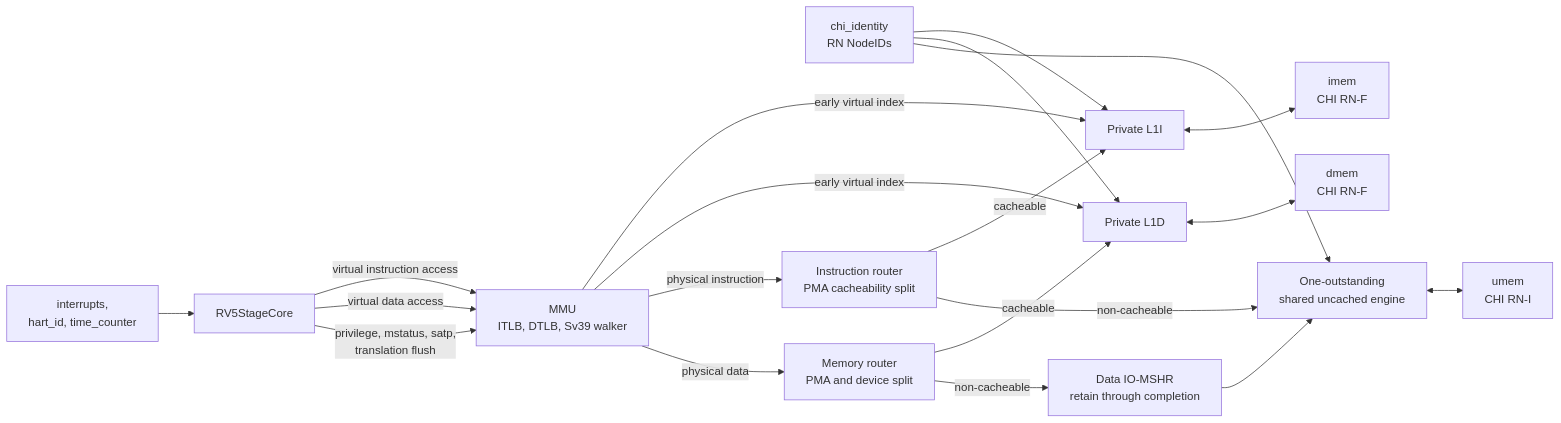
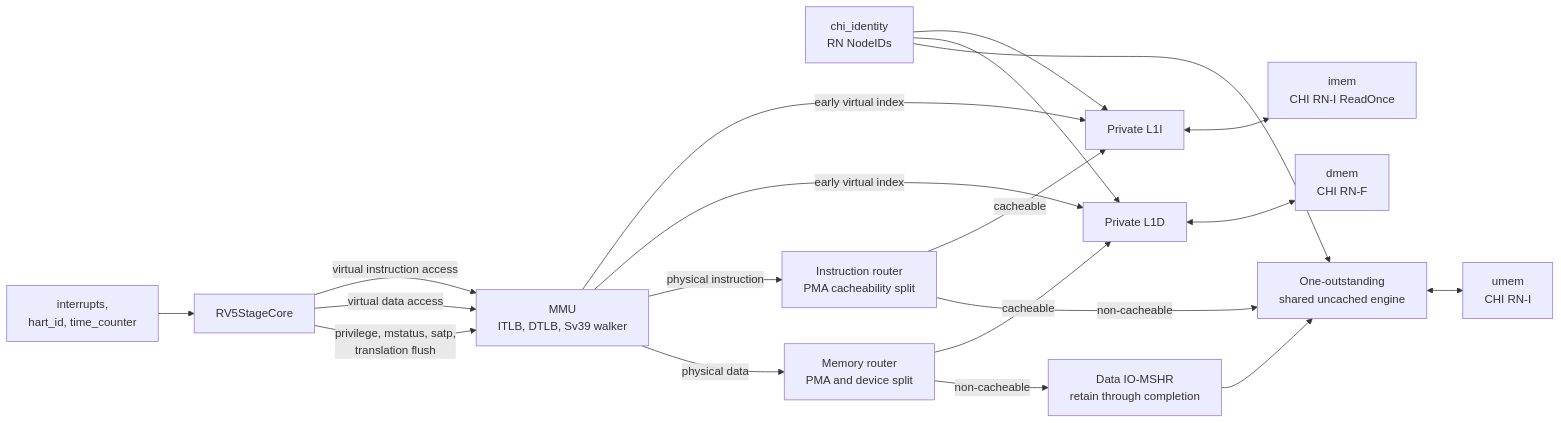
Before and after one commit to jerryz123/rhodium: the second of 2 diagrams in cores/rv5stage/README.md, drawn with Mermaid. The commit also changed other lines of this file and 40 other files, not shown here.

````diff
--- a/cores/rv5stage/README.md
+++ b/cores/rv5stage/README.md
@@ -498,26 +501,26 @@
 ```mermaid
 flowchart LR
     PLATFORM["interrupts,<br/>hart_id, time_counter"] --> CORE["RV5StageCore"]
     IDENTITY["chi_identity<br/>RN NodeIDs"] --> L1I
     IDENTITY --> L1D
     IDENTITY --> UNCACHED
 
     CORE -->|"virtual instruction access"| MMU["MMU<br/>ITLB, DTLB, Sv39 walker"]
     CORE -->|"virtual data access"| MMU
     CORE -->|"privilege, mstatus, satp,<br/>translation flush"| MMU
     MMU -->|"early virtual index"| L1I
     MMU -->|"early virtual index"| L1D
 
     MMU -->|"physical instruction"| IROUTER["Instruction router<br/>PMA cacheability split"]
     IROUTER -->|"cacheable"| L1I["Private L1I"]
     IROUTER -->|"non-cacheable"| UNCACHED["One-outstanding<br/>shared uncached engine"]
     MMU -->|"physical data"| ROUTER["Memory router<br/>PMA and device split"]
     ROUTER -->|"cacheable"| L1D["Private L1D"]
     ROUTER -->|"non-cacheable"| IOMSHR["Data IO-MSHR<br/>retain through completion"]
     IOMSHR --> UNCACHED
 
-    L1I <--> IMEM["imem<br/>CHI RN-F"]
+    L1I <--> IMEM["imem<br/>CHI RN-I ReadOnce"]
     L1D <--> DMEM["dmem<br/>CHI RN-F"]
     UNCACHED <--> UMEM["umem<br/>CHI RN-I"]
 
 ```
````
